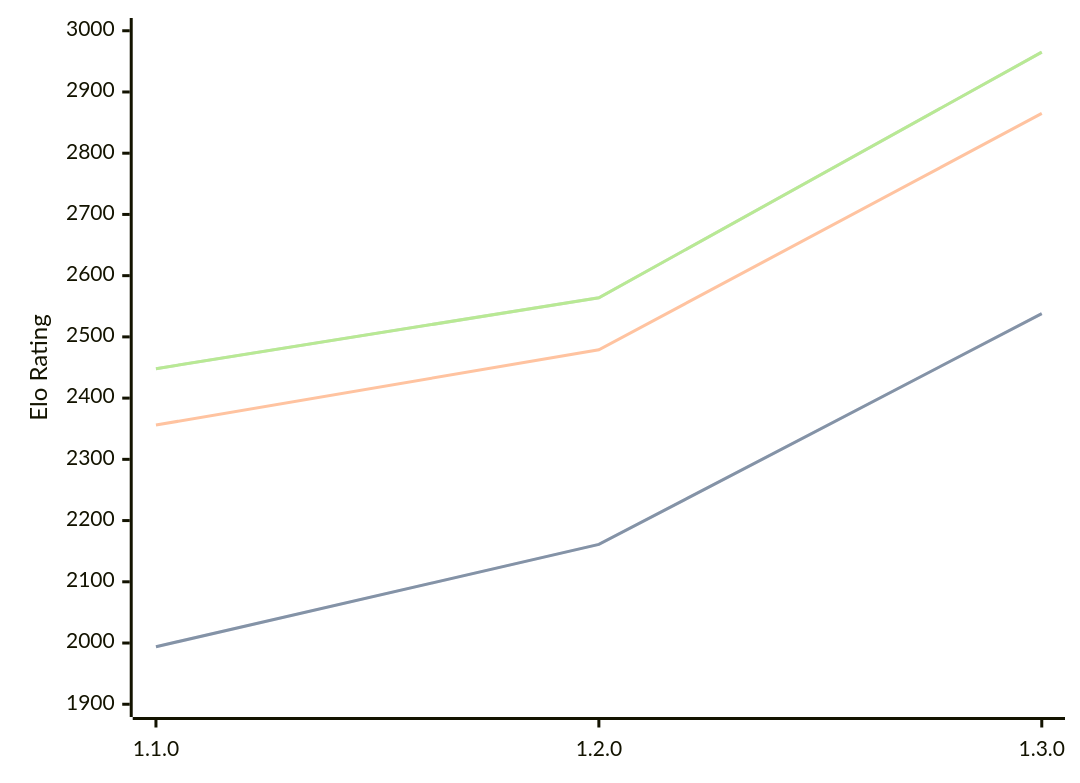
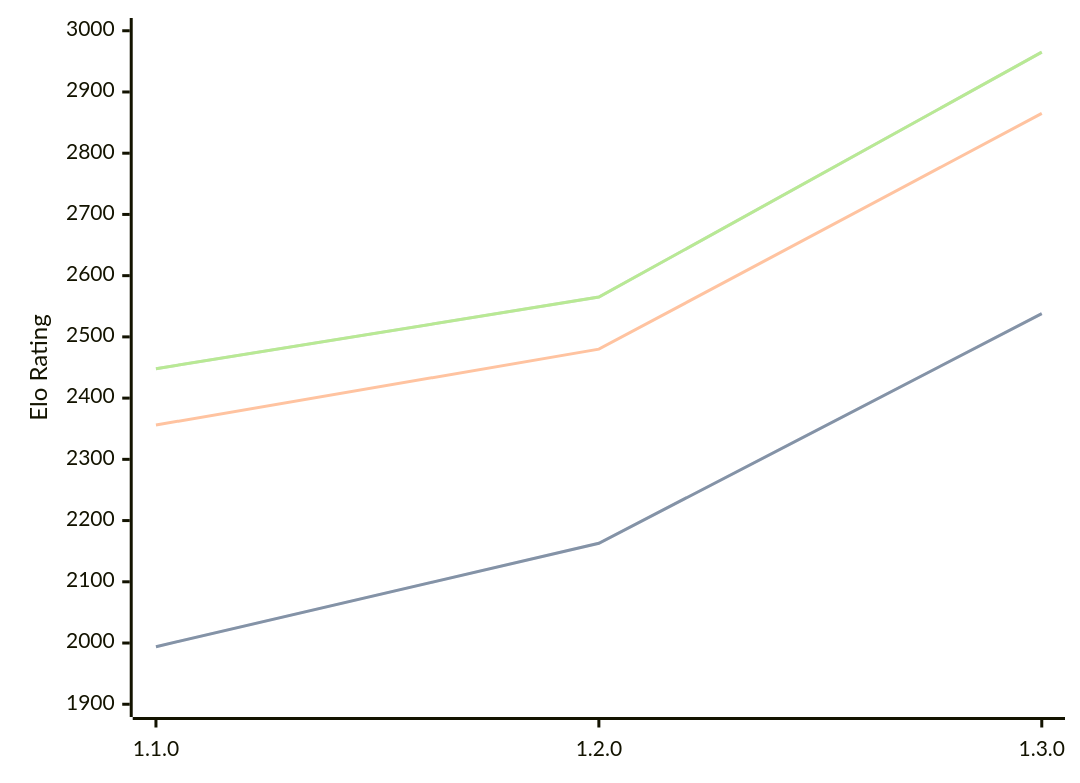
The diagram in engines/Gyatso.md (computer-chess-index/cci), drawn with Mermaid before and after one commit. The commit also changed other lines of this file, not shown here.

Commit message:
Update CCI Ratings (ELO VLTC) - 2026-04-22

````diff
--- a/engines/Gyatso.md
+++ b/engines/Gyatso.md
@@ -34,11 +34,11 @@
 ```mermaid
 %%{init: {"theme":"base","themeVariables":{"seriesColors:['#a3a3a3','#222221','#faa371']}}}%%
 xychart-beta
   x-axis ["1.1.0", "1.2.0", "1.3.0"]
   y-axis "Elo Rating" 1900 --> 3000
-  line "STC (8.0+0.08s)" [1994, 2161, 2538]
-  line "STC (8.0+0.08s)" [1994, 2161, 2538]
-  line "LTC (60.0+0.60s)" [2356, 2479, 2865]
-  line "VLTC (2m24s+1.12s)" [2448, 2564, 2965]
-  line "VLTC (2m24s+1.12s)" [2448, 2564, 2965]
+  line "STC (8.0+0.08s)" [1994, 2163, 2538]
+  line "STC (8.0+0.08s)" [1994, 2163, 2538]
+  line "LTC (60.0+0.60s)" [2356, 2480, 2865]
+  line "VLTC (2m24s+1.12s)" [2448, 2565, 2965]
+  line "VLTC (2m24s+1.12s)" [2448, 2565, 2965]
 ```
````
